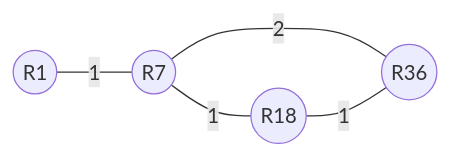
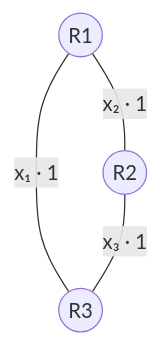
One commit to kiittkiidd/Lampiran-Model-Matematika-Tesis changed the diagram in Lampiran_WCC.md. Above: the diagram before and after it, drawn with Mermaid. The commit also changed other lines of this file and 20 other files, not shown here.

````diff
--- a/Lampiran_WCC.md
+++ b/Lampiran_WCC.md
@@ -256,7 +19,6 @@
 ```mermaid
-flowchart LR
-    R1((R1)) ---|1| R7((R7))
-    R7 ---|1| R18((R18))
-    R7 ---|2| R36((R36))
-    R18 ---|1| R36
+flowchart TD
+    R1((R1)) ---|x₂ · 1| R2((R2))
+    R1 ---|x₁ · 1| R3((R3))
+    R2 ---|x₃ · 1| R3
 ```
````
